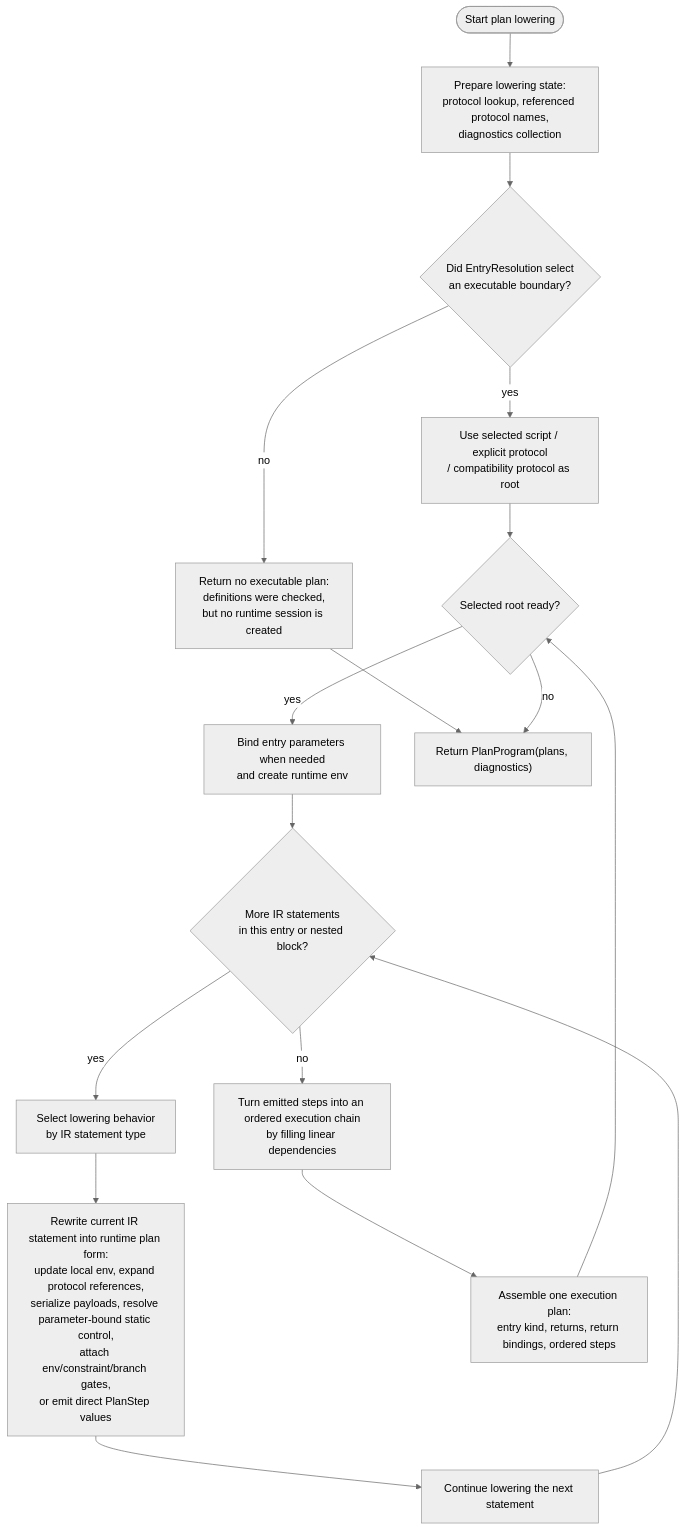
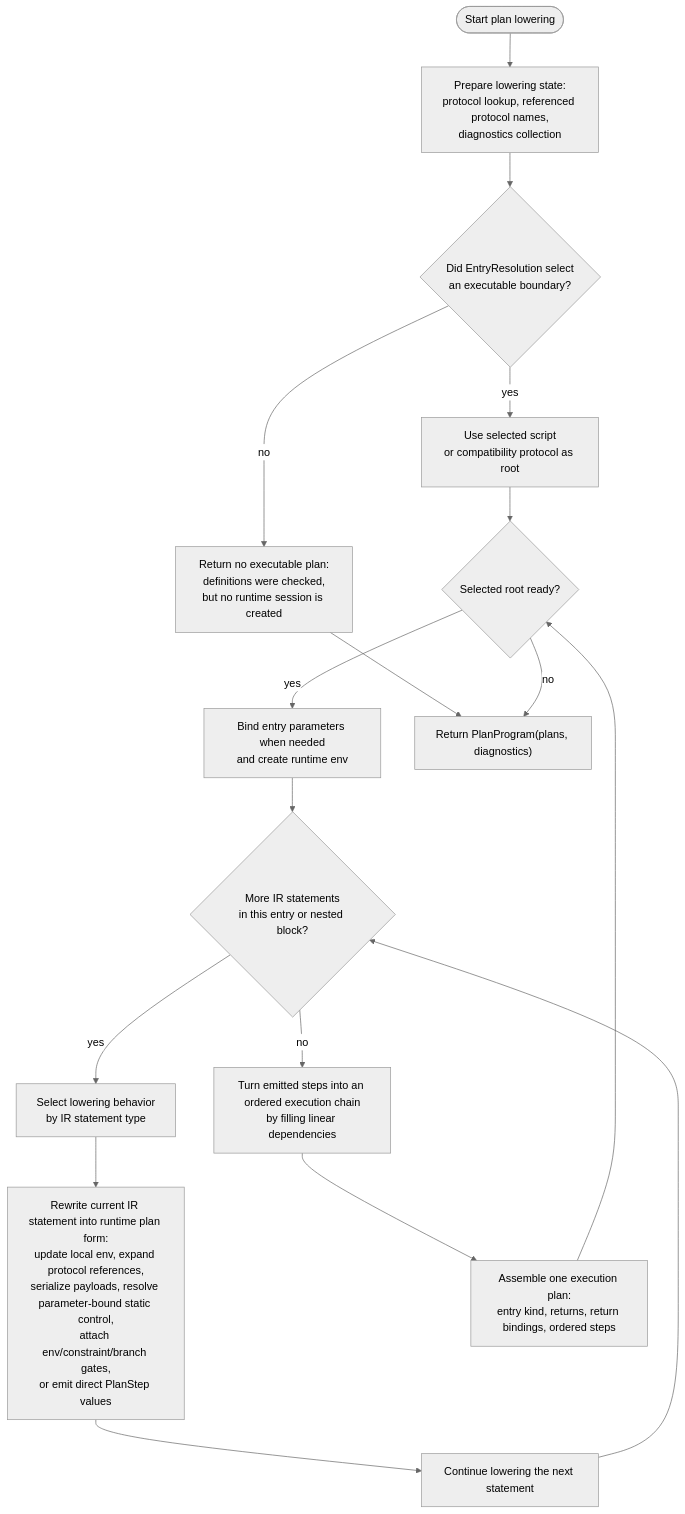
Before and after one commit to culsma/culsma: the first of 5 diagrams in docs/architecture/pipeline/plan_module_diagrams.md, drawn with Mermaid (neutral theme). The commit also changed other lines of this file and 15 other files, not shown here.

````diff
--- a/docs/architecture/pipeline/plan_module_diagrams.md
+++ b/docs/architecture/pipeline/plan_module_diagrams.md
@@ -38,34 +38,34 @@
 ```mermaid
 flowchart TB
     Start(["Start plan lowering"])
     Init["Prepare lowering state:<br/>protocol lookup, referenced protocol names,<br/>diagnostics collection"]
     Entry{"Did EntryResolution select<br/>an executable boundary?"}
-    PickEntry["Use selected script / explicit protocol<br/>/ compatibility protocol as root"]
+    PickEntry["Use selected script<br/>or compatibility protocol as root"]
     NoRun["Return no executable plan:<br/>definitions were checked,<br/>but no runtime session is created"]
     ProtocolLoop{"Selected root ready?"}
     Bind["Bind entry parameters when needed<br/>and create runtime env"]
     StatementLoop{"More IR statements<br/>in this entry or nested block?"}
     Dispatch["Select lowering behavior<br/>by IR statement type"]
     LowerStmt["Rewrite current IR statement into runtime plan form:<br/>update local env, expand protocol references,<br/>serialize payloads, resolve parameter-bound static control,<br/>attach env/constraint/branch gates,<br/>or emit direct PlanStep values"]
     NextStmt["Continue lowering the next statement"]
     Linearize["Turn emitted steps into an ordered execution chain<br/>by filling linear dependencies"]
     Build["Assemble one execution plan:<br/>entry kind, returns, return bindings, ordered steps"]
     Return["Return PlanProgram(plans, diagnostics)"]
 
     Start --> Init
     Init --> Entry
     Entry -->|yes| PickEntry
     Entry -->|no| NoRun
     NoRun --> Return
     PickEntry --> ProtocolLoop
     ProtocolLoop -->|yes| Bind
     Bind --> StatementLoop
     StatementLoop -->|yes| Dispatch
     Dispatch --> LowerStmt
     LowerStmt --> NextStmt
     NextStmt --> StatementLoop
     StatementLoop -->|no| Linearize
     Linearize --> Build
     Build --> ProtocolLoop
     ProtocolLoop -->|no| Return
 ```
````
